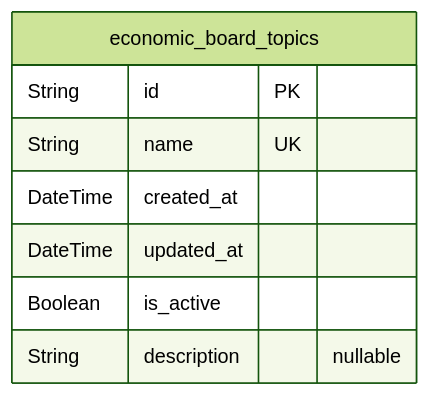
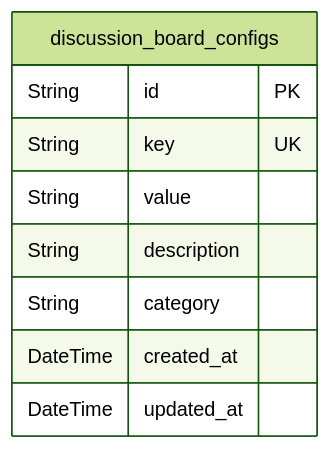
The first of 7 diagrams in qwen/qwen3-next-80b-a3b-instruct/bbs/docs/ERD.md (wrtnlabs/autobe-examples), drawn with Mermaid (forest theme) before and after one commit. The commit also changed other lines of this file and 16146 other files, not shown here.

````diff
--- a/qwen/qwen3-next-80b-a3b-instruct/bbs/docs/ERD.md
+++ b/qwen/qwen3-next-80b-a3b-instruct/bbs/docs/ERD.md
@@ -12,11 +15,12 @@
 ```mermaid
 erDiagram
-"economic_board_topics" {
+"discussion_board_configs" {
   String id PK
-  String name UK
+  String key UK
+  String value
+  String description
+  String category
   DateTime created_at
   DateTime updated_at
-  Boolean is_active
-  String description "nullable"
 }
 ```
````
